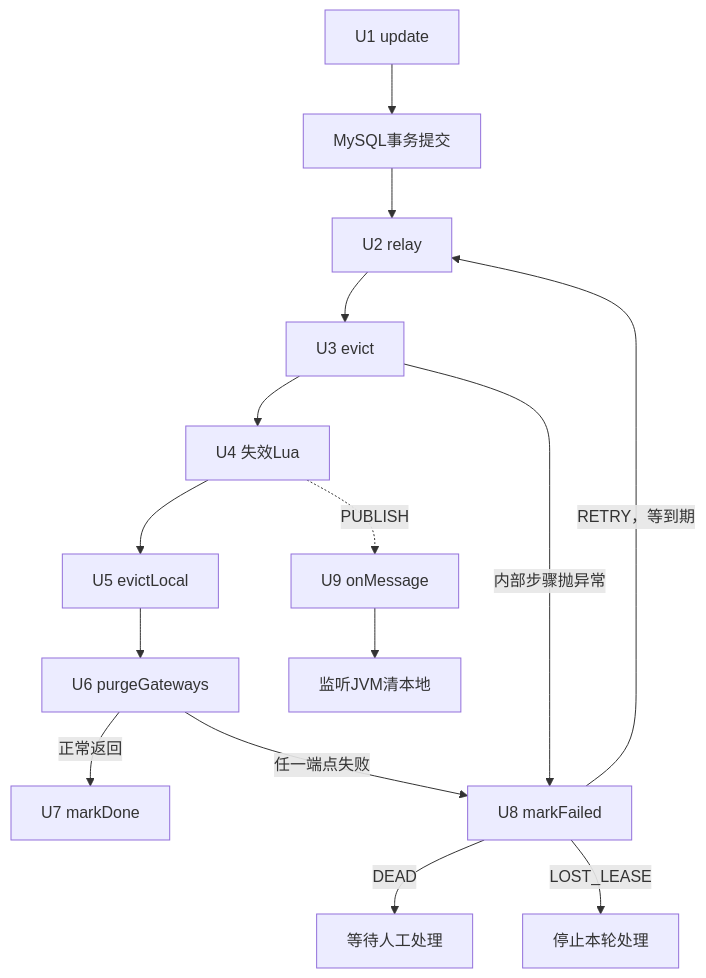
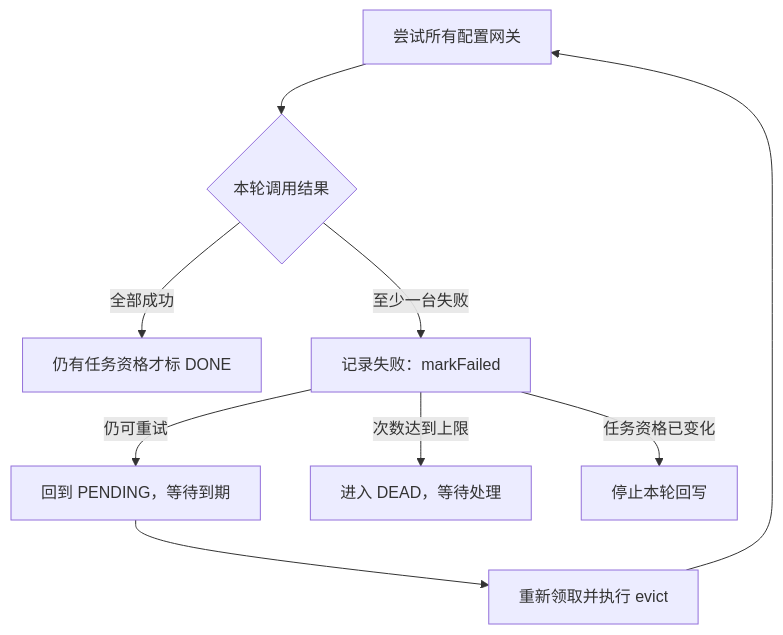
One commit to SyH-101/citypass-platform changed the sixth of 7 diagrams in 02-多级缓存一致性.md. Above: the diagram before and after it, drawn with Mermaid. The commit also changed other lines of this file, not shown here.

Commit message:
docs: clarify cache version checks and invalidation flow without numbered diagram steps

````diff
--- a/02-多级缓存一致性.md
+++ b/02-多级缓存一致性.md
@@ -739,17 +1029,11 @@
 ```mermaid
 flowchart TD
-    U1["U1 update"] --> C["MySQL事务提交"]
-    C --> U2["U2 relay"]
-    U2 --> U3["U3 evict"]
-    U3 --> U4["U4 失效Lua"]
-    U4 --> U5["U5 evictLocal"]
-    U5 --> U6["U6 purgeGateways"]
-    U6 -->|正常返回| U7["U7 markDone"]
-    U3 -->|内部步骤抛异常| U8["U8 markFailed"]
-    U6 -->|任一端点失败| U8
-    U8 -->|RETRY，等到期| U2
-    U8 -->|DEAD| X["等待人工处理"]
-    U8 -->|LOST_LEASE| Y["停止本轮处理"]
-    U4 -. PUBLISH .-> U9["U9 onMessage"]
-    U9 --> L["监听JVM清本地"]
+    attempt["尝试所有配置网关"] --> result{"本轮调用结果"}
+    result -->|全部成功| done["仍有任务资格才标 DONE"]
+    result -->|至少一台失败| failed["记录失败：markFailed"]
+    failed -->|仍可重试| pending["回到 PENDING，等待到期"]
+    pending --> replay["重新领取并执行 evict"]
+    replay --> attempt
+    failed -->|次数达到上限| dead["进入 DEAD，等待处理"]
+    failed -->|任务资格已变化| stop["停止本轮回写"]
 ```
````
